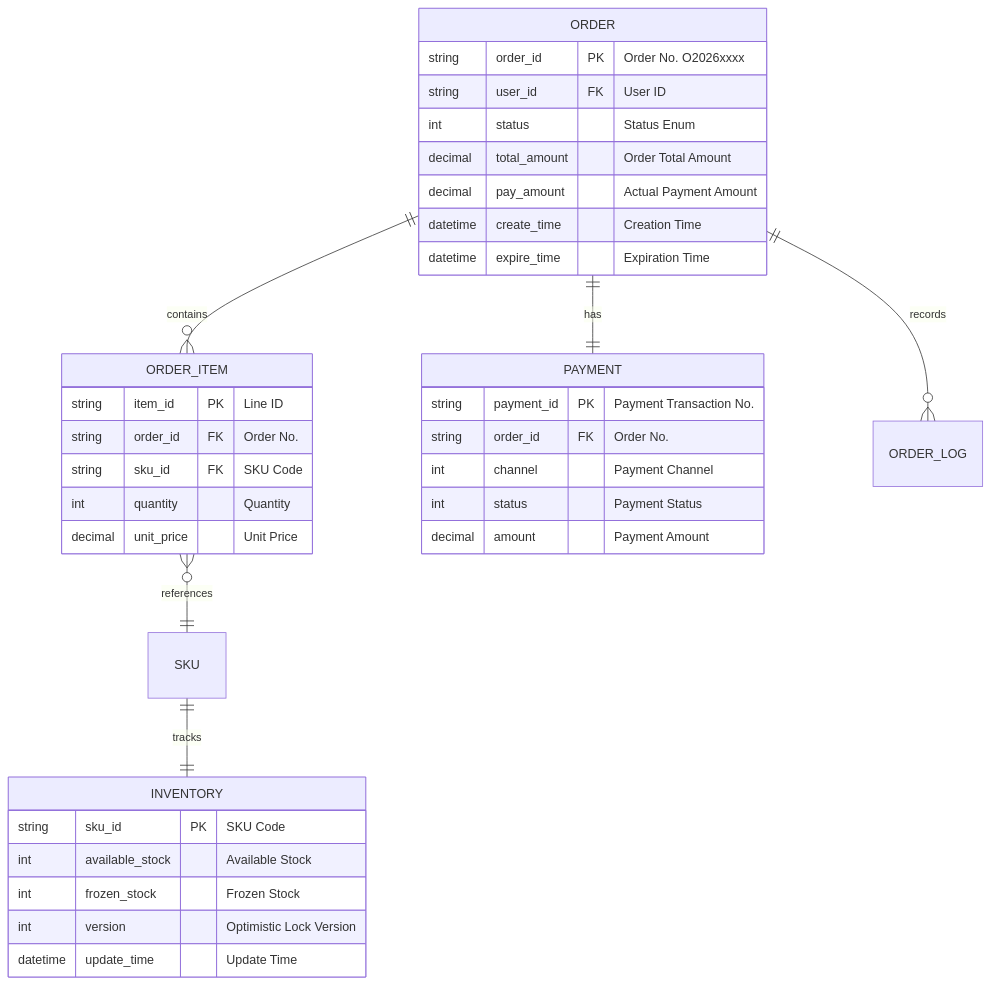
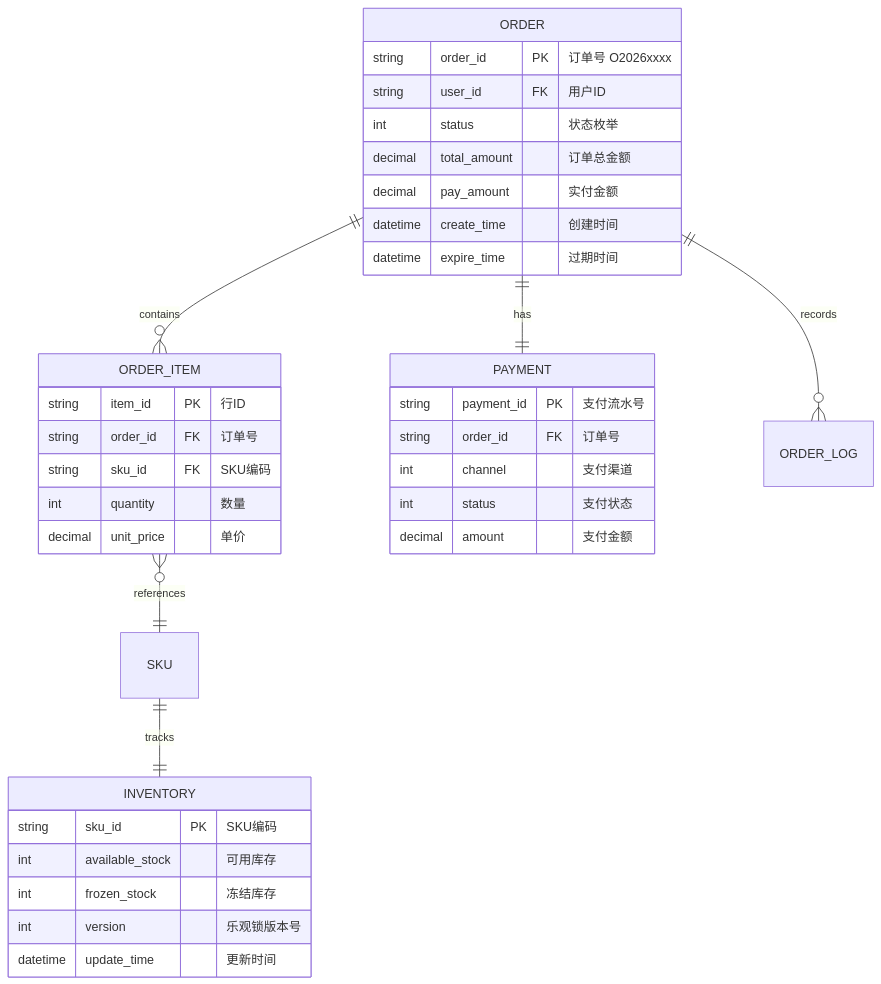
Before and after one commit to Kirky-X/cangjie: the fourth of 11 diagrams in templates/Product/Product/Template-FRD.md, drawn with Mermaid. The commit also changed other lines of this file and 33 other files, not shown here.

````diff
--- a/templates/Product/Product/Template-FRD.md
+++ b/templates/Product/Product/Template-FRD.md
@@ -170,42 +170,42 @@
 ```mermaid
 erDiagram
     ORDER ||--o{ ORDER_ITEM : contains
     ORDER ||--|| PAYMENT : has
     ORDER ||--o{ ORDER_LOG : records
     ORDER_ITEM }o--|| SKU : references
     SKU ||--|| INVENTORY : tracks
 
     ORDER {
-        string order_id PK "Order No. O2026xxxx"
-        string user_id FK "User ID"
-        int status "Status Enum"
-        decimal total_amount "Order Total Amount"
-        decimal pay_amount "Actual Payment Amount"
-        datetime create_time "Creation Time"
-        datetime expire_time "Expiration Time"
+        string order_id PK "订单号 O2026xxxx"
+        string user_id FK "用户ID"
+        int status "状态枚举"
+        decimal total_amount "订单总金额"
+        decimal pay_amount "实付金额"
+        datetime create_time "创建时间"
+        datetime expire_time "过期时间"
     }
 
     ORDER_ITEM {
-        string item_id PK "Line ID"
-        string order_id FK "Order No."
-        string sku_id FK "SKU Code"
-        int quantity "Quantity"
-        decimal unit_price "Unit Price"
+        string item_id PK "行ID"
+        string order_id FK "订单号"
+        string sku_id FK "SKU编码"
+        int quantity "数量"
+        decimal unit_price "单价"
     }
 
     INVENTORY {
-        string sku_id PK "SKU Code"
-        int available_stock "Available Stock"
-        int frozen_stock "Frozen Stock"
-        int version "Optimistic Lock Version"
-        datetime update_time "Update Time"
+        string sku_id PK "SKU编码"
+        int available_stock "可用库存"
+        int frozen_stock "冻结库存"
+        int version "乐观锁版本号"
+        datetime update_time "更新时间"
     }
 
     PAYMENT {
-        string payment_id PK "Payment Transaction No."
-        string order_id FK "Order No."
-        int channel "Payment Channel"
-        int status "Payment Status"
-        decimal amount "Payment Amount"
+        string payment_id PK "支付流水号"
+        string order_id FK "订单号"
+        int channel "支付渠道"
+        int status "支付状态"
+        decimal amount "支付金额"
     }
 ```
````
